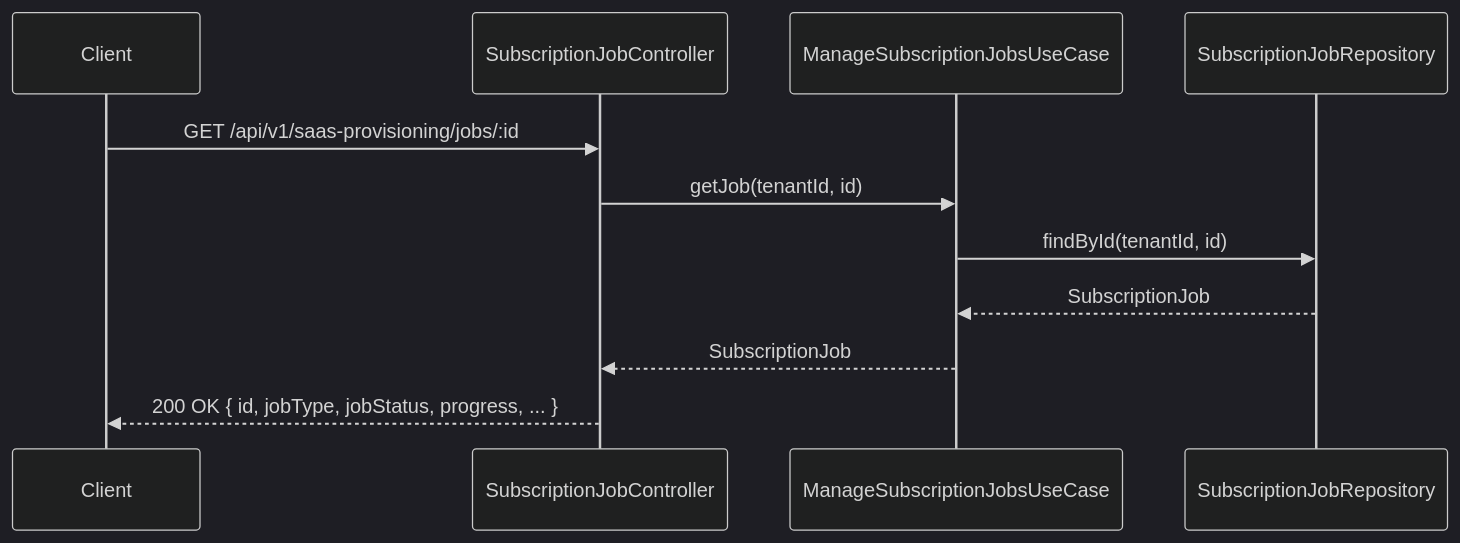
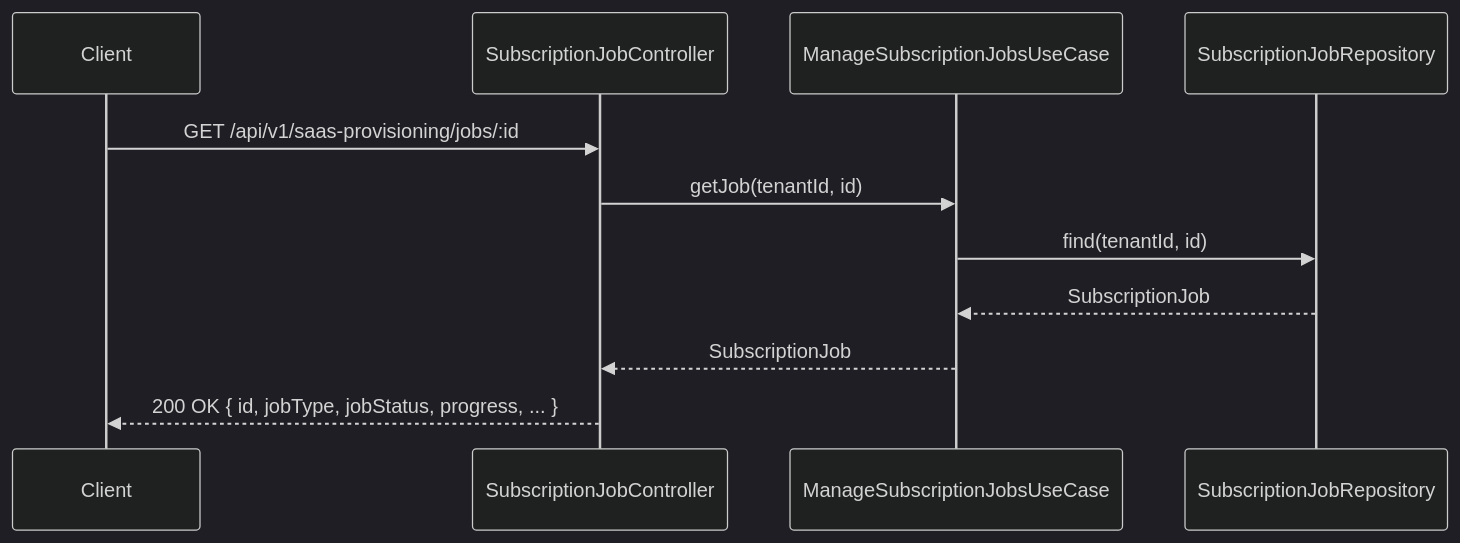
One commit to UIMSolutions/uim-platform changed the fifth of 5 diagrams in saas-provisioning/UML.md. Above: the diagram before and after it, drawn with Mermaid (dark theme). The commit also changed other lines of this file and 501 other files, not shown here.

````diff
--- a/saas-provisioning/UML.md
+++ b/saas-provisioning/UML.md
@@ -304,14 +304,14 @@
 ```mermaid
 sequenceDiagram
     participant Client
     participant JobCtrl as SubscriptionJobController
     participant UC as ManageSubscriptionJobsUseCase
     participant Repo as SubscriptionJobRepository
 
     Client->>JobCtrl: GET /api/v1/saas-provisioning/jobs/:id
     JobCtrl->>UC: getJob(tenantId, id)
-    UC->>Repo: findById(tenantId, id)
+    UC->>Repo: find(tenantId, id)
     Repo-->>UC: SubscriptionJob
     UC-->>JobCtrl: SubscriptionJob
     JobCtrl-->>Client: 200 OK { id, jobType, jobStatus, progress, ... }
 ```
````
